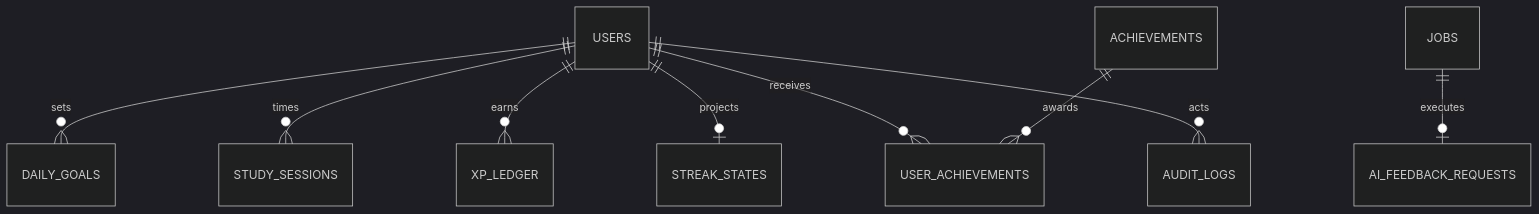
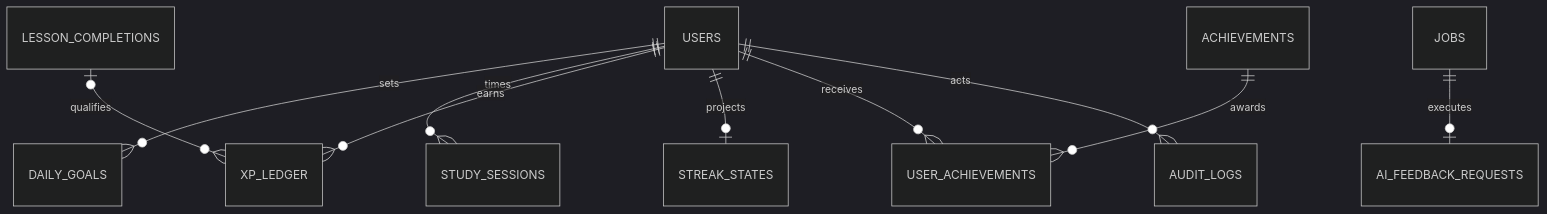
One commit to HIspcvn/English-Learning-Platform changed the fourth of 4 diagrams in docs/architecture/04-database-design.md. Above: the diagram before and after it, drawn with Mermaid (dark theme). The commit also changed other lines of this file and 29 other files, not shown here.

Commit message:
docs: finalize feature parity and architecture contracts

````diff
--- a/docs/architecture/04-database-design.md
+++ b/docs/architecture/04-database-design.md
@@ -150,11 +158,12 @@
 ```mermaid
 erDiagram
   USERS ||--o{ DAILY_GOALS : sets
   USERS ||--o{ STUDY_SESSIONS : times
   USERS ||--o{ XP_LEDGER : earns
+  LESSON_COMPLETIONS o|--o{ XP_LEDGER : qualifies
   USERS ||--o| STREAK_STATES : projects
   USERS ||--o{ USER_ACHIEVEMENTS : receives
   ACHIEVEMENTS ||--o{ USER_ACHIEVEMENTS : awards
   USERS ||--o{ AUDIT_LOGS : acts
   JOBS ||--o| AI_FEEDBACK_REQUESTS : executes
 ```
````
